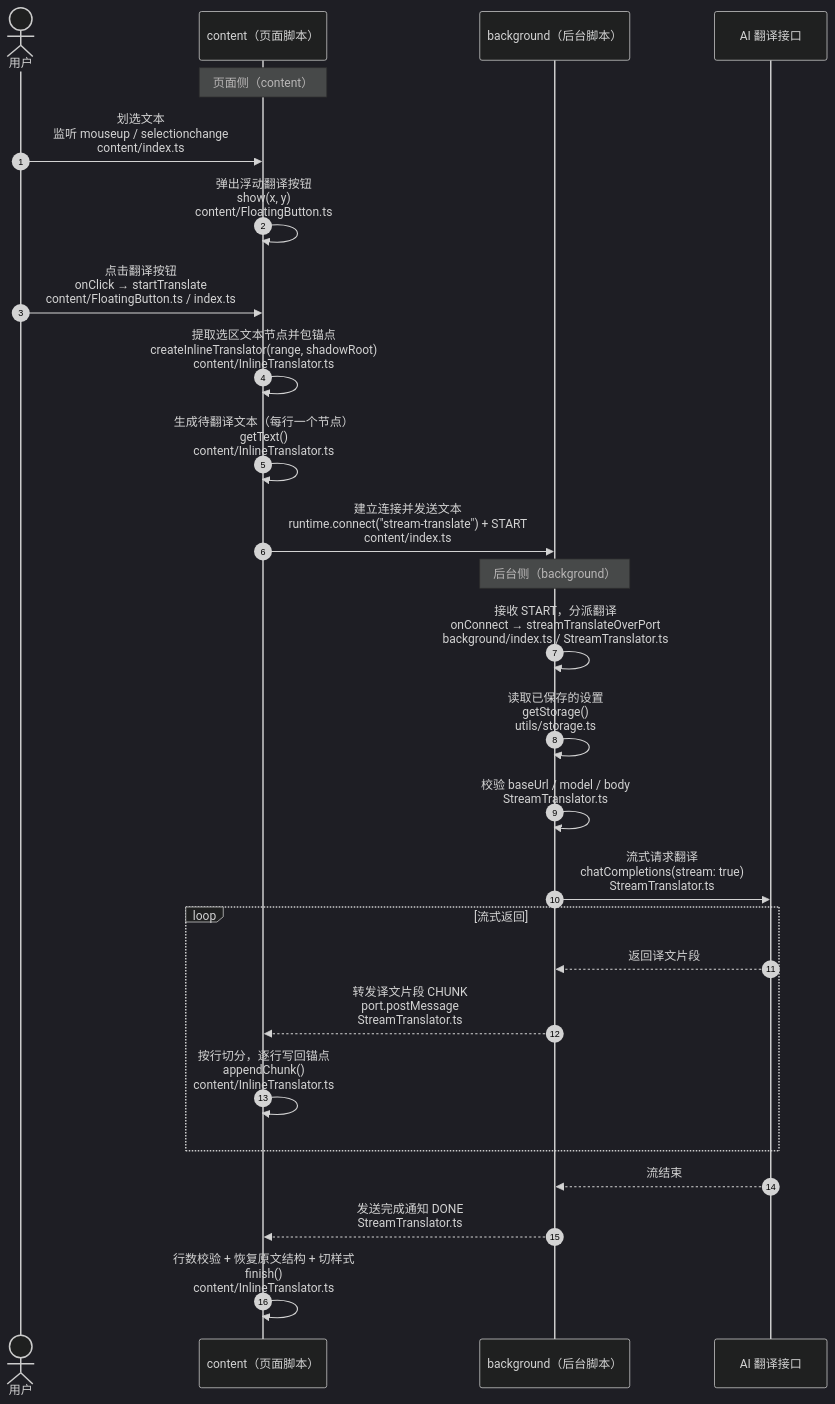
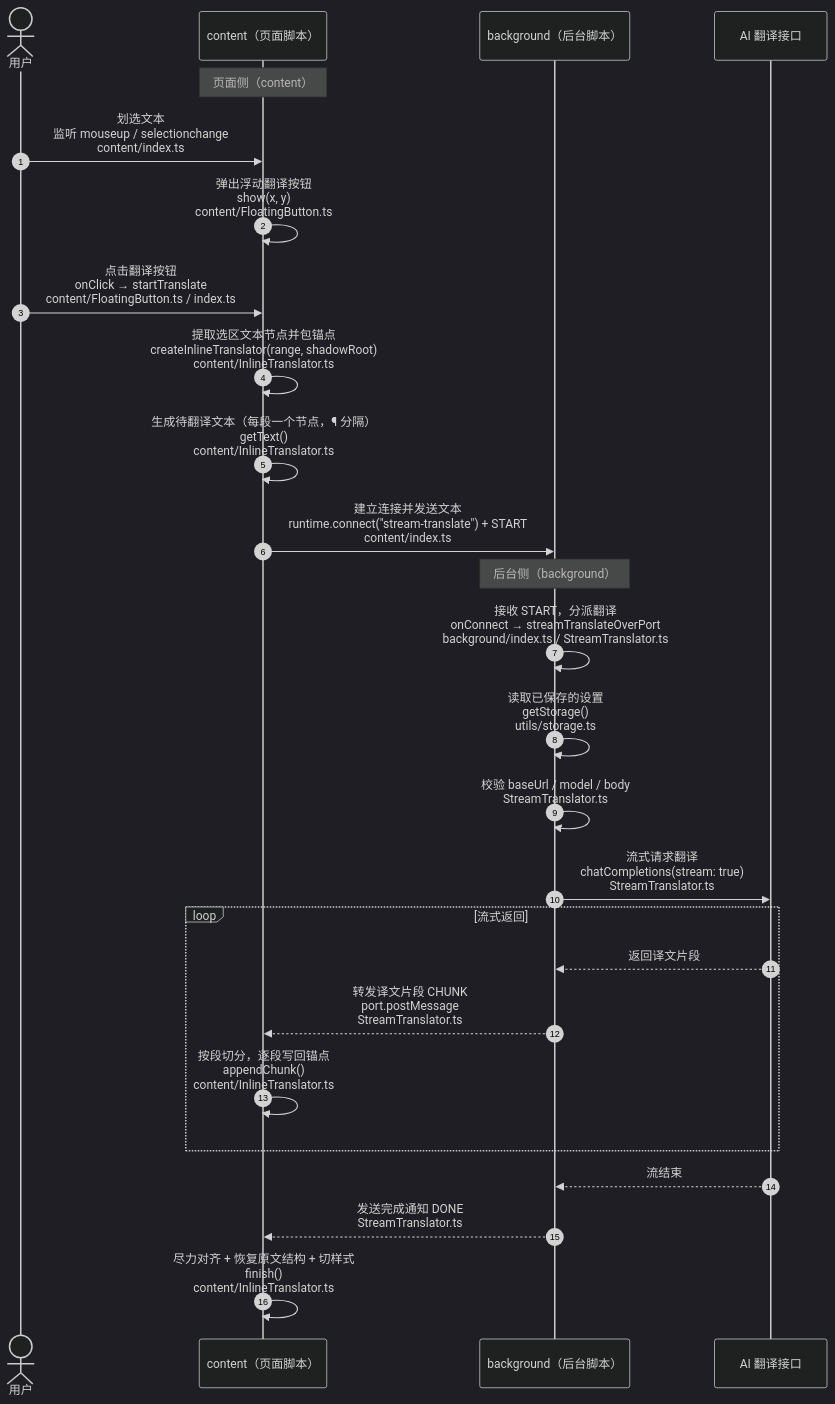
One commit to Nickyzj628/llm-streaming-translate changed the second of 3 diagrams in docs/flowchart.md. Above: the diagram before and after it, drawn with Mermaid (dark theme). The commit also changed 10 other files, not shown here.

````diff
--- a/docs/flowchart.md
+++ b/docs/flowchart.md
@@ -52,32 +52,32 @@
 ```mermaid
 sequenceDiagram
     autonumber
     actor U as 用户
     participant C as content（页面脚本）
     participant B as background（后台脚本）
     participant LLM as AI 翻译接口
 
     Note over C: 页面侧（content）
     U->>C: 划选文本<br/>监听 mouseup / selectionchange<br/>content/index.ts
     C->>C: 弹出浮动翻译按钮<br/>show(x, y)<br/>content/FloatingButton.ts
     U->>C: 点击翻译按钮<br/>onClick → startTranslate<br/>content/FloatingButton.ts / index.ts
     C->>C: 提取选区文本节点并包锚点<br/>createInlineTranslator(range, shadowRoot)<br/>content/InlineTranslator.ts
-    C->>C: 生成待翻译文本（每行一个节点）<br/>getText()<br/>content/InlineTranslator.ts
+    C->>C: 生成待翻译文本（每段一个节点，¶ 分隔）<br/>getText()<br/>content/InlineTranslator.ts
     C->>B: 建立连接并发送文本<br/>runtime.connect("stream-translate") + START<br/>content/index.ts
 
     Note over B: 后台侧（background）
     B->>B: 接收 START，分派翻译<br/>onConnect → streamTranslateOverPort<br/>background/index.ts / StreamTranslator.ts
     B->>B: 读取已保存的设置<br/>getStorage()<br/>utils/storage.ts
     B->>B: 校验 baseUrl / model / body<br/>StreamTranslator.ts
     B->>LLM: 流式请求翻译<br/>chatCompletions(stream: true)<br/>StreamTranslator.ts
 
     loop 流式返回
         LLM-->>B: 返回译文片段
         B-->>C: 转发译文片段 CHUNK<br/>port.postMessage<br/>StreamTranslator.ts
-        C->>C: 按行切分，逐行写回锚点<br/>appendChunk()<br/>content/InlineTranslator.ts
+        C->>C: 按段切分，逐段写回锚点<br/>appendChunk()<br/>content/InlineTranslator.ts
     end
 
     LLM-->>B: 流结束
     B-->>C: 发送完成通知 DONE<br/>StreamTranslator.ts
-    C->>C: 行数校验 + 恢复原文结构 + 切样式<br/>finish()<br/>content/InlineTranslator.ts
+    C->>C: 尽力对齐 + 恢复原文结构 + 切样式<br/>finish()<br/>content/InlineTranslator.ts
 ```
````
